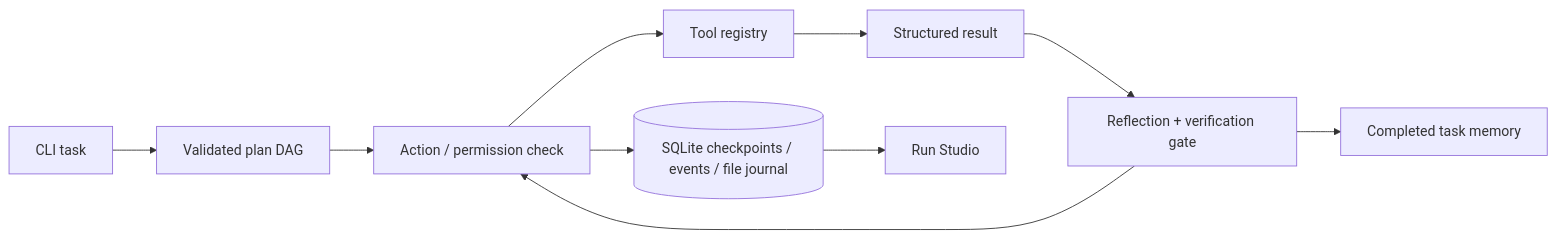
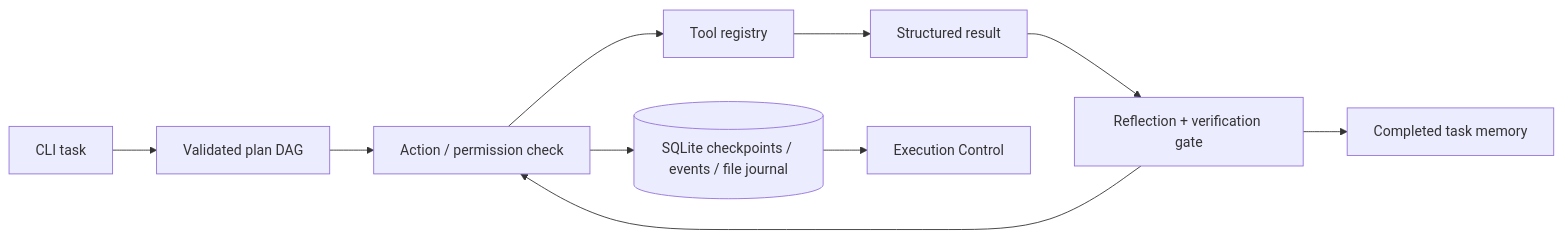
One commit to dyu55/My-Agent changed the diagram in README.md. Above: the diagram before and after it, drawn with Mermaid. The commit also changed other lines of this file and 11 other files, not shown here.

````diff
--- a/README.md
+++ b/README.md
@@ -65,12 +67,12 @@
 ```mermaid
 flowchart LR
     A[CLI task] --> B[Validated plan DAG]
     B --> C[Action / permission check]
     C --> D[Tool registry]
     D --> E[Structured result]
     E --> F[Reflection + verification gate]
     F --> C
     F --> G[Completed task memory]
     C --> H[(SQLite checkpoints / events / file journal)]
-    H --> I[Run Studio]
+    H --> I[Execution Control]
 ```
````
